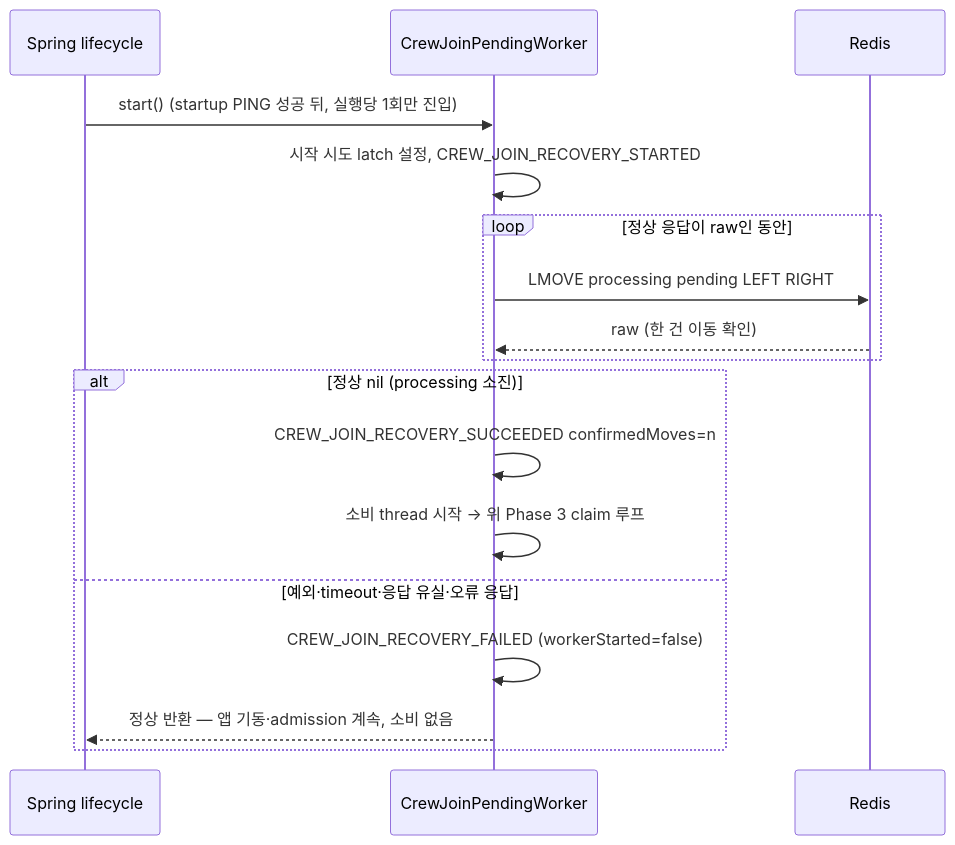
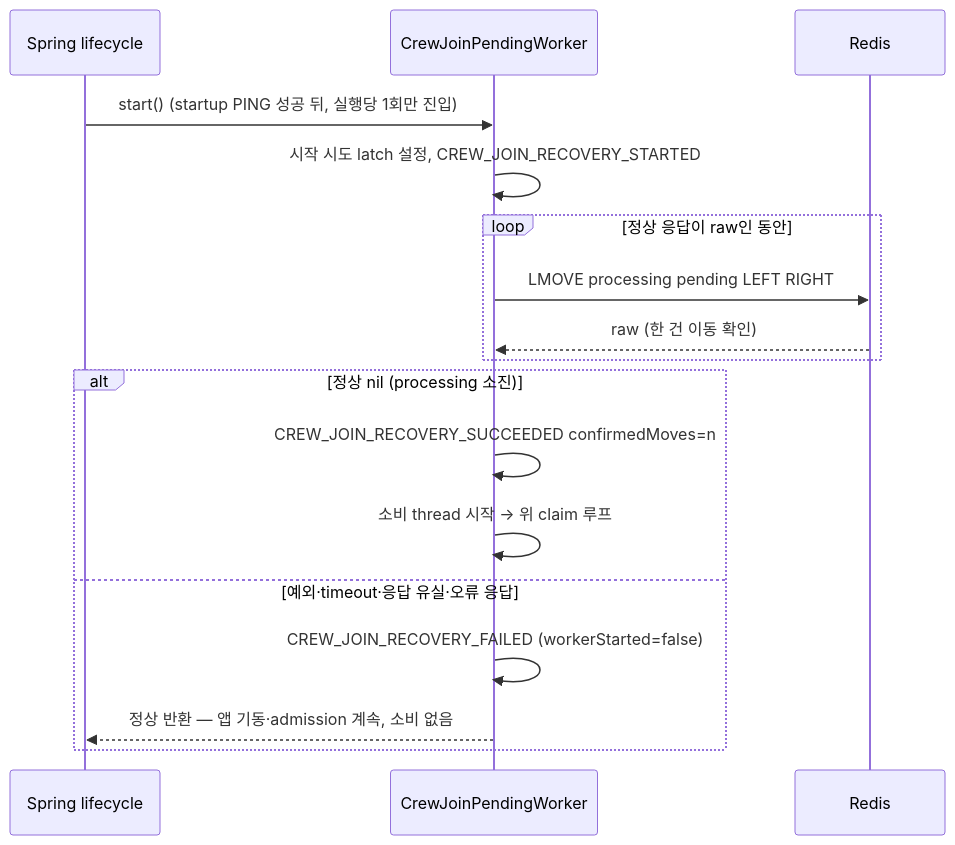
The fourth of 4 diagrams in docs/spec/sequence/crew-join.md (JianYang98/TriAgain), drawn with Mermaid before and after one commit. The commit also changed other lines of this file and 5 other files, not shown here.

````diff
--- a/docs/spec/sequence/crew-join.md
+++ b/docs/spec/sequence/crew-join.md
@@ -156,19 +157,19 @@
 ```mermaid
 sequenceDiagram
     participant L as Spring lifecycle
     participant W as CrewJoinPendingWorker
     participant R as Redis
     L->>W: start() (startup PING 성공 뒤, 실행당 1회만 진입)
     W->>W: 시작 시도 latch 설정, CREW_JOIN_RECOVERY_STARTED
     loop 정상 응답이 raw인 동안
         W->>R: LMOVE processing pending LEFT RIGHT
         R-->>W: raw (한 건 이동 확인)
     end
     alt 정상 nil (processing 소진)
         W->>W: CREW_JOIN_RECOVERY_SUCCEEDED confirmedMoves=n
-        W->>W: 소비 thread 시작 → 위 Phase 3 claim 루프
+        W->>W: 소비 thread 시작 → 위 claim 루프
     else 예외·timeout·응답 유실·오류 응답
         W->>W: CREW_JOIN_RECOVERY_FAILED (workerStarted=false)
         W-->>L: 정상 반환 — 앱 기동·admission 계속, 소비 없음
     end
 ```
````
